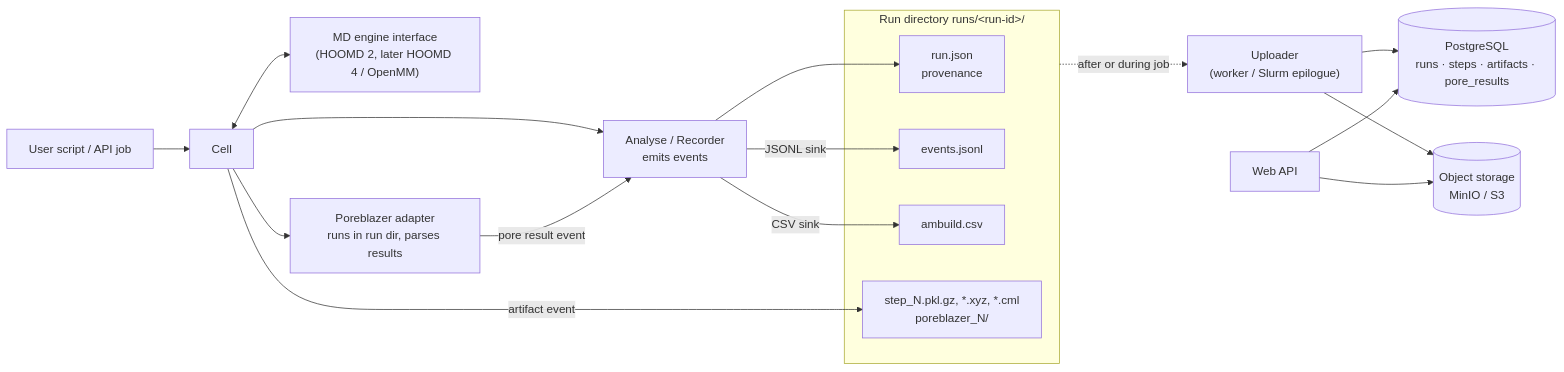
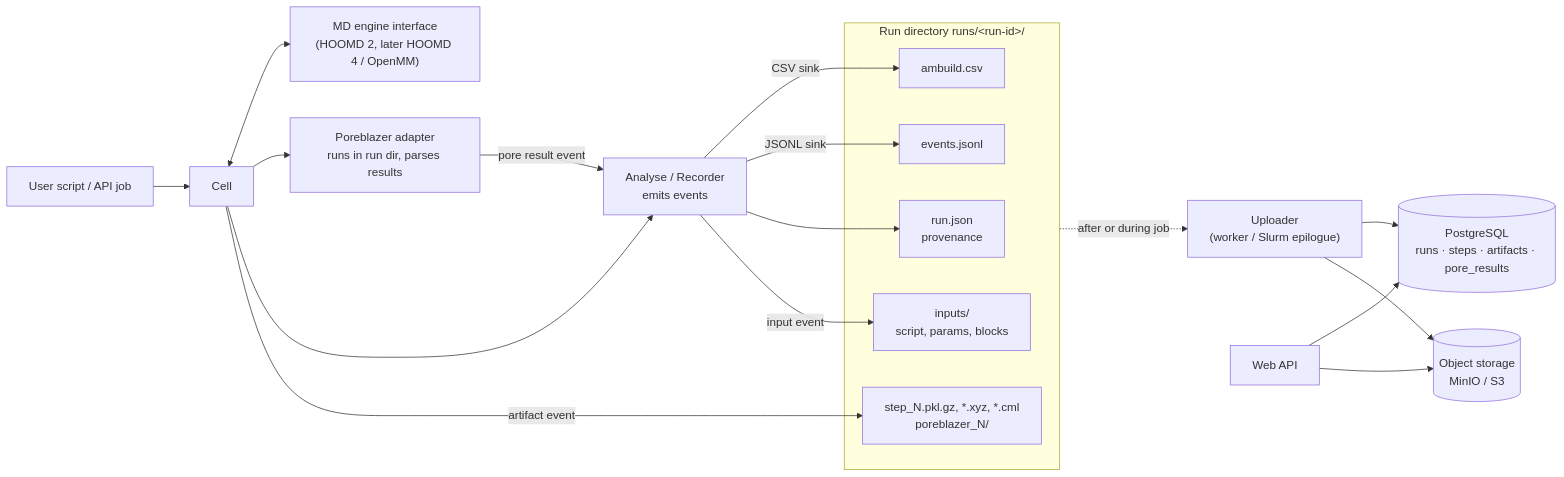
One commit to st7ma784/ambuild changed the second of 2 diagrams in docs/architecture.md. Above: the diagram before and after it, drawn with Mermaid. The commit also changed other lines of this file and 7 other files, not shown here.

````diff
--- a/docs/architecture.md
+++ b/docs/architecture.md
@@ -47,26 +47,28 @@
 ```mermaid
 flowchart LR
     script["User script / API job"] --> cell["Cell"]
     cell <--> md["MD engine interface<br/>(HOOMD 2, later HOOMD 4 / OpenMM)"]
     cell --> pb["Poreblazer adapter<br/>runs in run dir, parses results"]
     cell --> rec["Analyse / Recorder<br/>emits events"]
     pb -- "pore result event" --> rec
 
     subgraph rundir["Run directory  runs/&lt;run-id&gt;/"]
         runjson["run.json<br/>provenance"]
         events["events.jsonl"]
         csv["ambuild.csv"]
         files["step_N.pkl.gz, *.xyz, *.cml<br/>poreblazer_N/"]
+        inputs["inputs/<br/>script, params, blocks"]
     end
 
     rec -- "CSV sink" --> csv
     rec -- "JSONL sink" --> events
     rec --> runjson
+    rec -- "input event" --> inputs
     cell -- "artifact event" --> files
 
     rundir -. "after or during job" .-> up["Uploader<br/>(worker / Slurm epilogue)"]
     up --> pg[("PostgreSQL<br/>runs · steps · artifacts · pore_results")]
     up --> s3[("Object storage<br/>MinIO / S3")]
     api["Web API"] --> pg
     api --> s3
 ```
````
